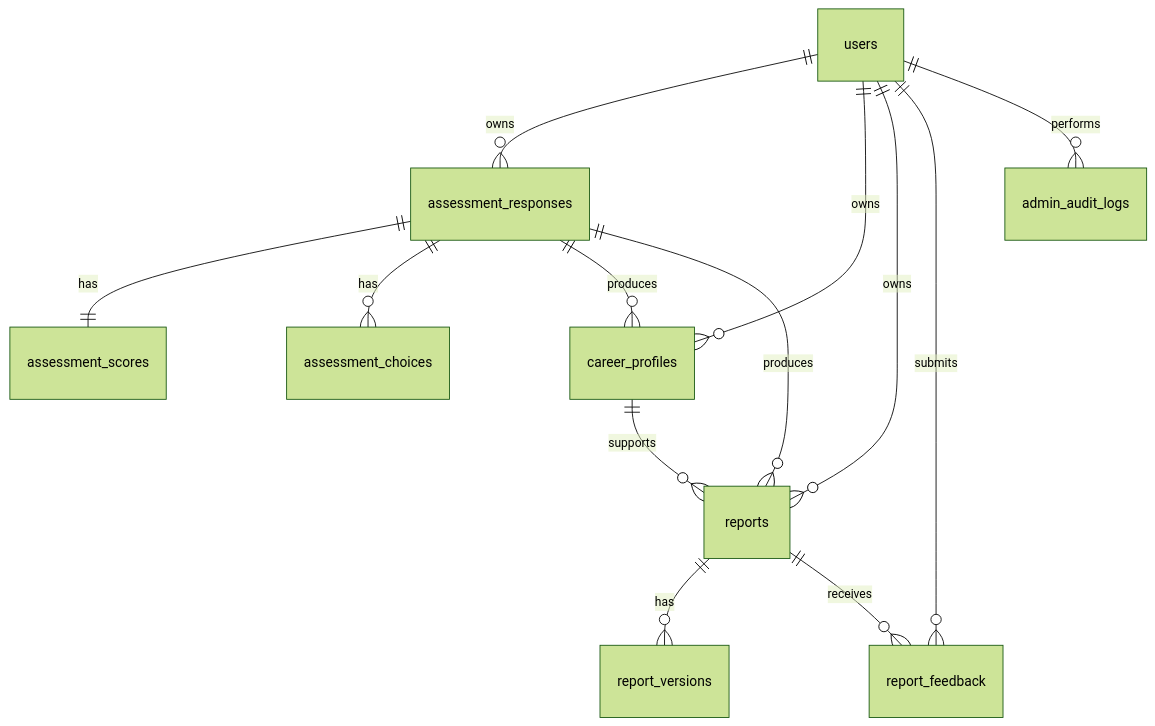
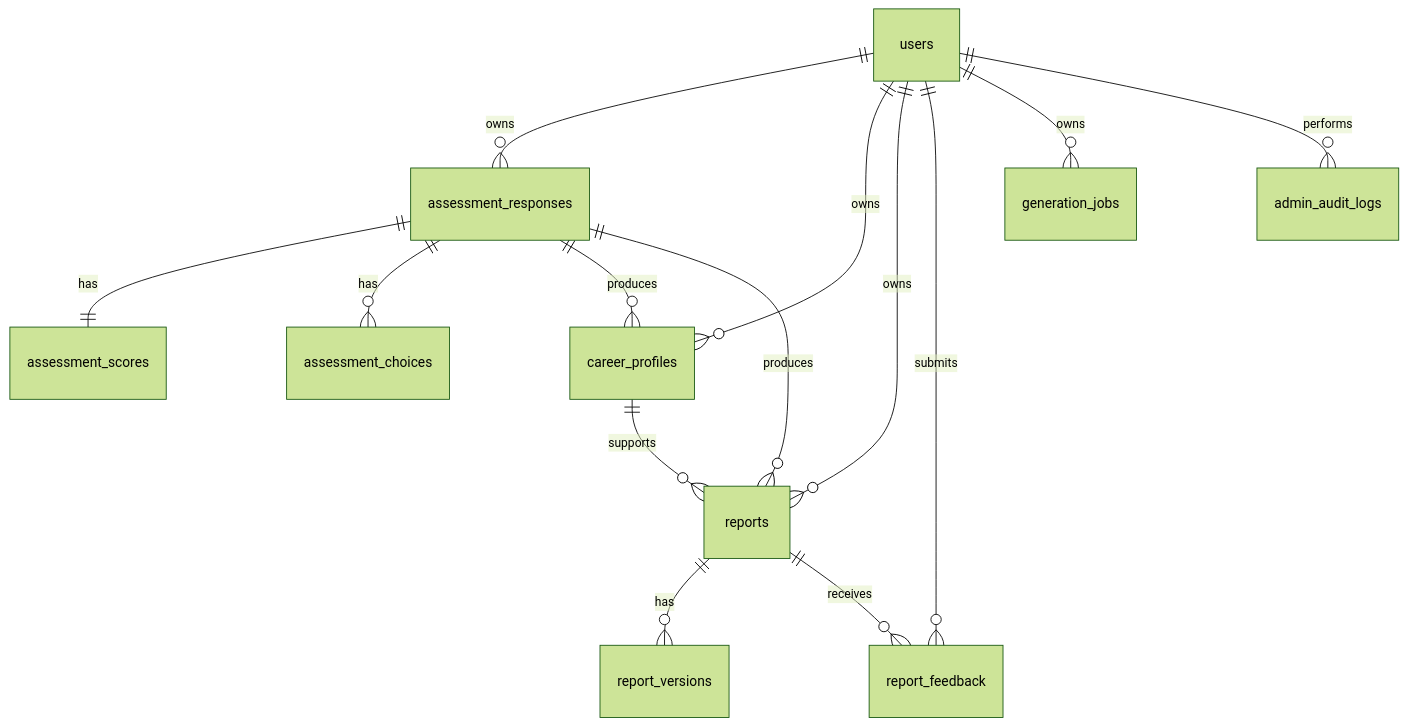
The third of 3 diagrams in docs/实现文档.md (labixiaoji/SIYUAN-COMPASS), drawn with Mermaid (forest theme) before and after one commit. The commit also changed other lines of this file and 57 other files, not shown here.

````diff
--- a/docs/实现文档.md
+++ b/docs/实现文档.md
@@ -413,15 +465,16 @@
 ```mermaid
 erDiagram
   users ||--o{ assessment_responses : owns
   users ||--o{ career_profiles : owns
   users ||--o{ reports : owns
   users ||--o{ report_feedback : submits
+  users ||--o{ generation_jobs : owns
   users ||--o{ admin_audit_logs : performs
   assessment_responses ||--|| assessment_scores : has
   assessment_responses ||--o{ assessment_choices : has
   assessment_responses ||--o{ career_profiles : produces
   assessment_responses ||--o{ reports : produces
   career_profiles ||--o{ reports : supports
   reports ||--o{ report_versions : has
   reports ||--o{ report_feedback : receives
 ```
````
